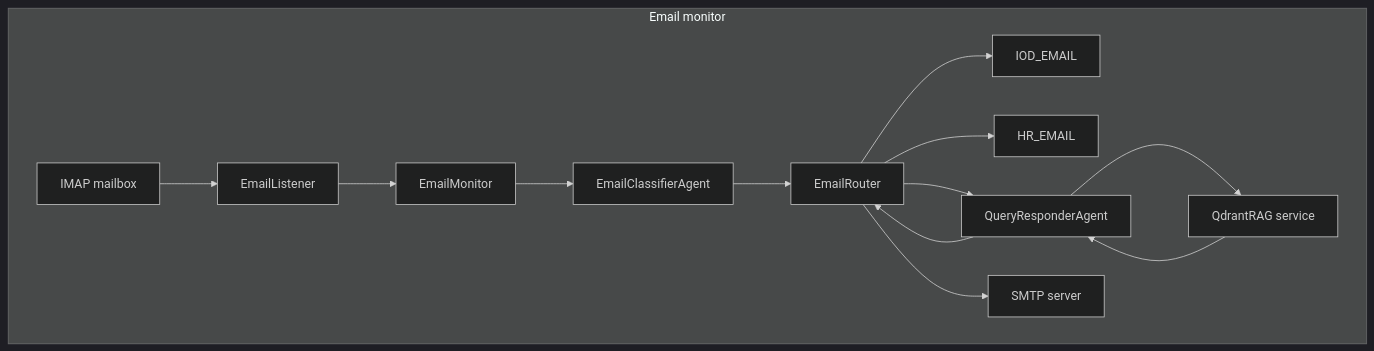
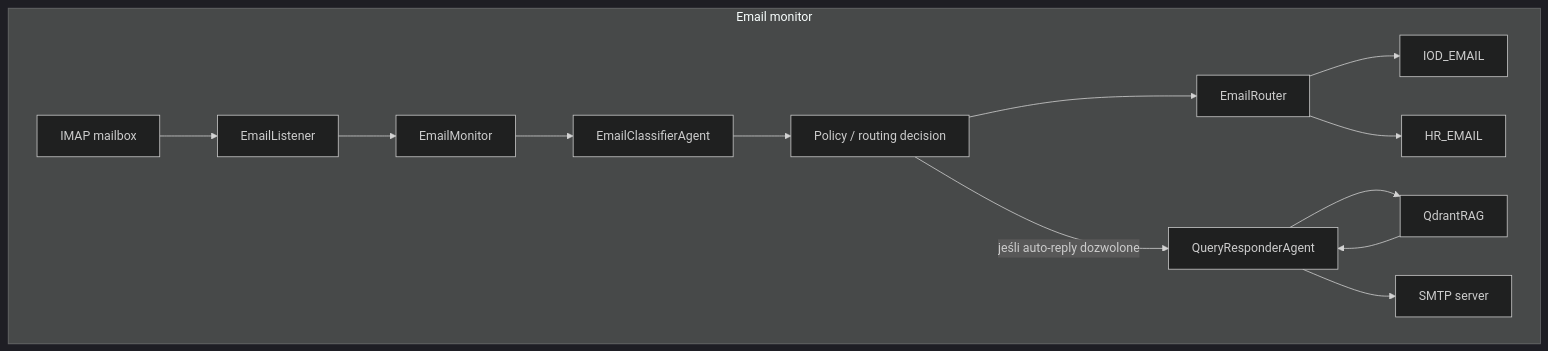
One commit to Adam-Palacz/hr-ai-agent-design changed the second of 2 diagrams in docs/ARCHITECTURE_PL.md. Above: the diagram before and after it, drawn with Mermaid (dark theme). The commit also changed other lines of this file and 4 other files, not shown here.

Commit message:
Added architecture - TODO

````diff
--- a/docs/ARCHITECTURE_PL.md
+++ b/docs/ARCHITECTURE_PL.md
@@ -235,24 +200,23 @@
 ```mermaid
 flowchart TB
     subgraph Monitor[Email monitor]
         EMon[EmailMonitor]
         EListen[EmailListener]
+        EClass[EmailClassifierAgent]
+        Policy[Policy / routing decision]
         ERouter[EmailRouter]
-        EClass[EmailClassifierAgent]
         QR[QueryResponderAgent]
-        RAG[QdrantRAG service]
+        RAG[QdrantRAG]
         Mail[IMAP mailbox] --> EListen
         EListen --> EMon
         EMon --> EClass
-        EClass --> ERouter
-
+        EClass --> Policy
+        Policy --> ERouter
         ERouter --> IODBox[IOD_EMAIL]
         ERouter --> HRBox[HR_EMAIL]
-
-        ERouter --> QR
+        Policy -->|jeśli auto-reply dozwolone| QR
         QR --> RAG
         RAG --> QR
-        QR --> ERouter
-        ERouter --> MailOut[SMTP server]
+        QR --> MailOut[SMTP server]
     end
 ```
````
